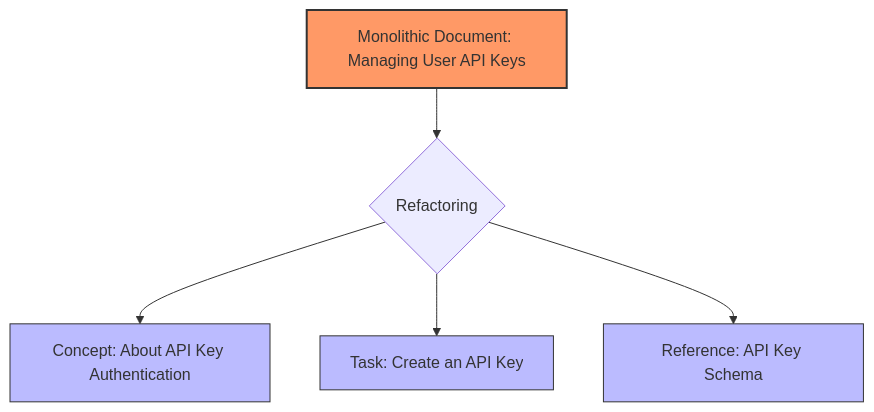
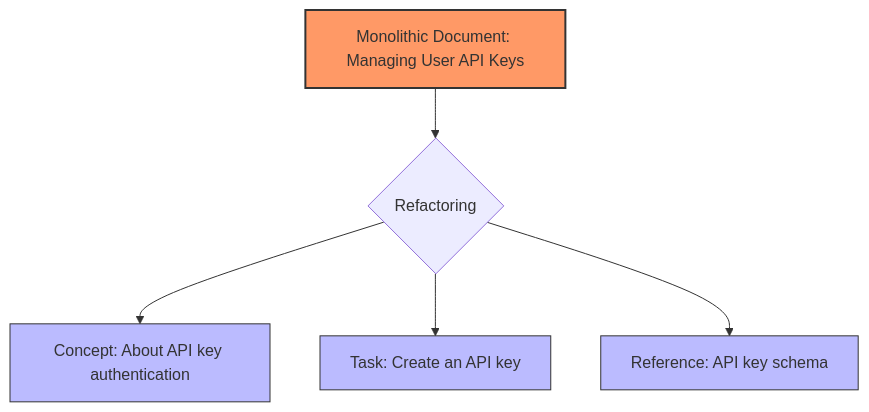
Before and after one commit to vaishvanara/techwritingkb: the diagram in docs/industry-terms/concept-task-reference.md, drawn with Mermaid. The commit also changed other lines of this file and 51 other files, not shown here.

````diff
--- a/docs/industry-terms/concept-task-reference.md
+++ b/docs/industry-terms/concept-task-reference.md
@@ -43,12 +43,12 @@
 ```mermaid
 graph TD
     A[Monolithic Document: Managing User API Keys] --> B{Refactoring}
-    B --> C[Concept: About API Key Authentication]
-    B --> D[Task: Create an API Key]
-    B --> E[Reference: API Key Schema]
+    B --> C[Concept: About API key authentication]
+    B --> D[Task: Create an API key]
+    B --> E[Reference: API key schema]
     
     style A fill:#f96,stroke:#333,stroke-width:2px
     style C fill:#bbf,stroke:#333,stroke-width:1px
     style D fill:#bbf,stroke:#333,stroke-width:1px
     style E fill:#bbf,stroke:#333,stroke-width:1px
 ```
````
